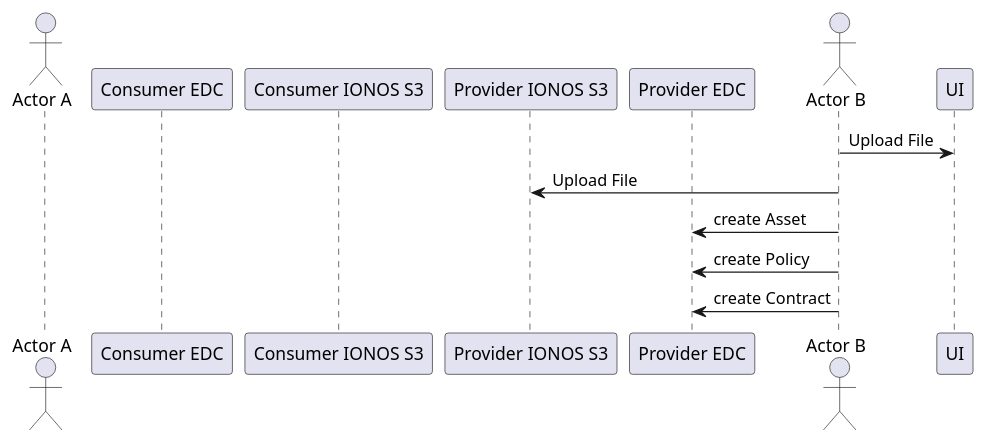
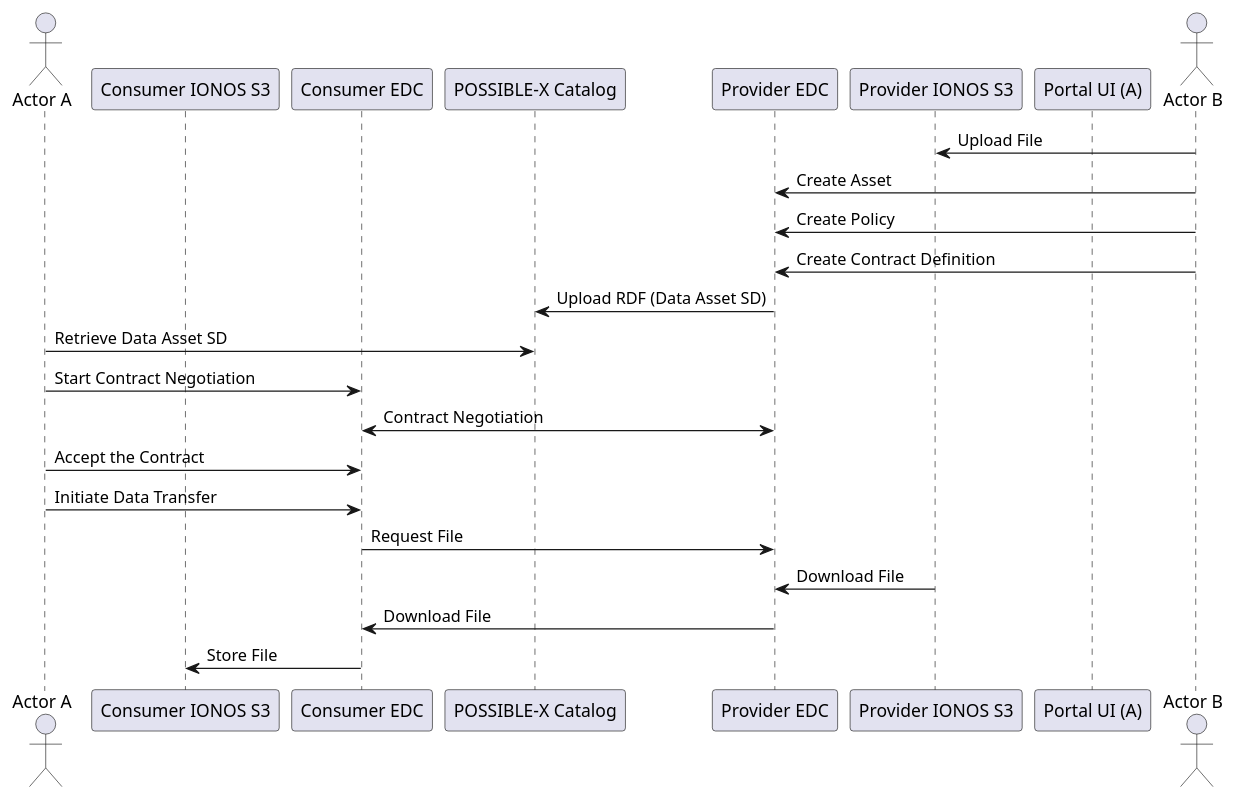
One commit to POSSIBLE-X/documentation changed the diagram in material/architecture/sequences/edc-possible-x-catalog-integration.puml. Above: the diagram before and after it, drawn with PlantUML.

```diff
--- a/material/architecture/sequences/edc-possible-x-catalog-integration.puml
+++ b/material/architecture/sequences/edc-possible-x-catalog-integration.puml
@@ -1,16 +1,34 @@
 @startuml edc-possible-x-catalog-integration
 
 actor "Actor A" as ActorA
+
+participant "Portal UI (A)" as PortalUI
+participant "Consumer IONOS S3" as ConsumerIONOSS3
 participant "Consumer EDC" as ConsumerEDC
-participant "Consumer IONOS S3" as ConsumerIONOSS3
+participant "POSSIBLE-X Catalog" as PossibleXCatalog
+
+participant "Provider EDC" as ProviderEDC
 participant "Provider IONOS S3" as ProviderIONOSS3
-participant "Provider EDC" as ProviderEDC
+participant "Portal UI (B)" as PortalUI
+
 actor "Actor B" as ActorB
 
-ActorB -> UI : Upload File
+
 ActorB -> ProviderIONOSS3 : Upload File
-ActorB -> ProviderEDC : create Asset
-ActorB -> ProviderEDC : create Policy
-ActorB -> ProviderEDC : create Contract
+ActorB -> ProviderEDC : Create Asset
+ActorB -> ProviderEDC : Create Policy
+ActorB -> ProviderEDC : Create Contract Definition
+ProviderEDC -> PossibleXCatalog : Upload RDF (Data Asset SD)
+ActorA -> PossibleXCatalog : Retrieve Data Asset SD
+ActorA -> ConsumerEDC : Start Contract Negotiation
+ConsumerEDC <-> ProviderEDC : Contract Negotiation
+ActorA -> ConsumerEDC : Accept the Contract
+ActorA -> ConsumerEDC : Initiate Data Transfer
+ConsumerEDC -> ProviderEDC : Request File
+ProviderIONOSS3 -> ProviderEDC : Download File
+ProviderEDC -> ConsumerEDC : Download File
+ConsumerEDC -> ConsumerIONOSS3 : Store File
+
+
 
 @enduml
```
